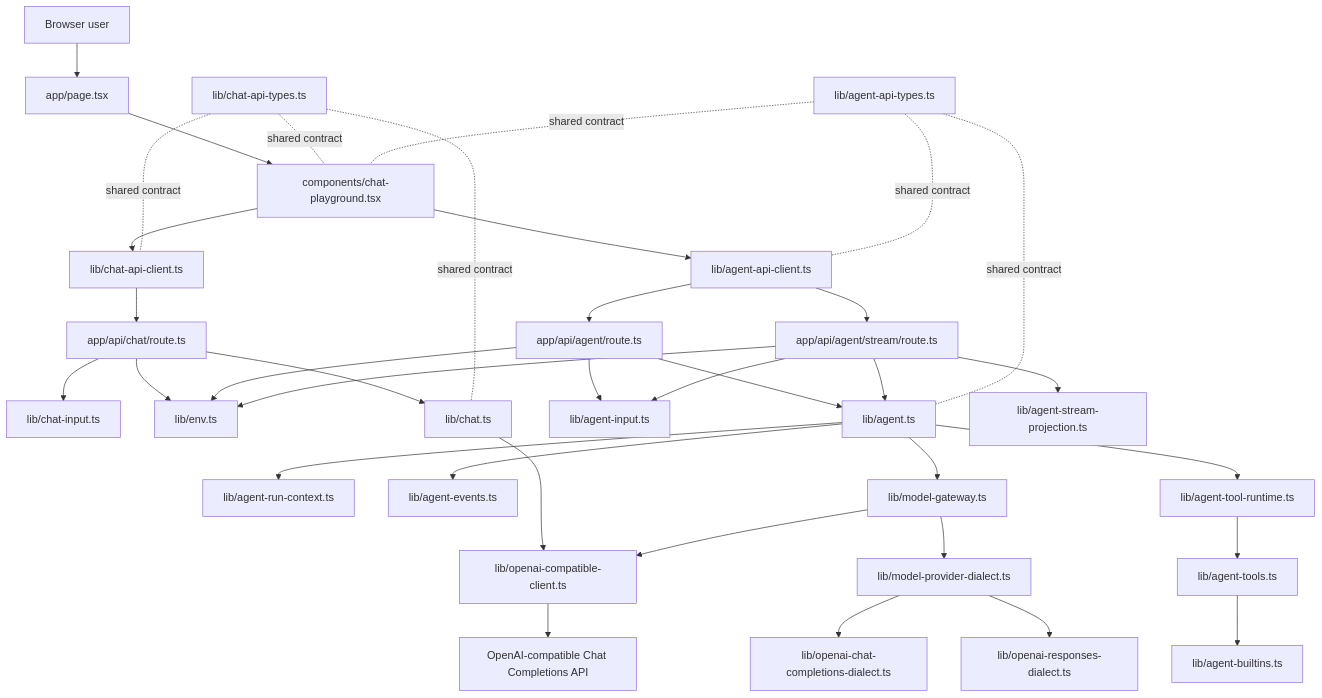
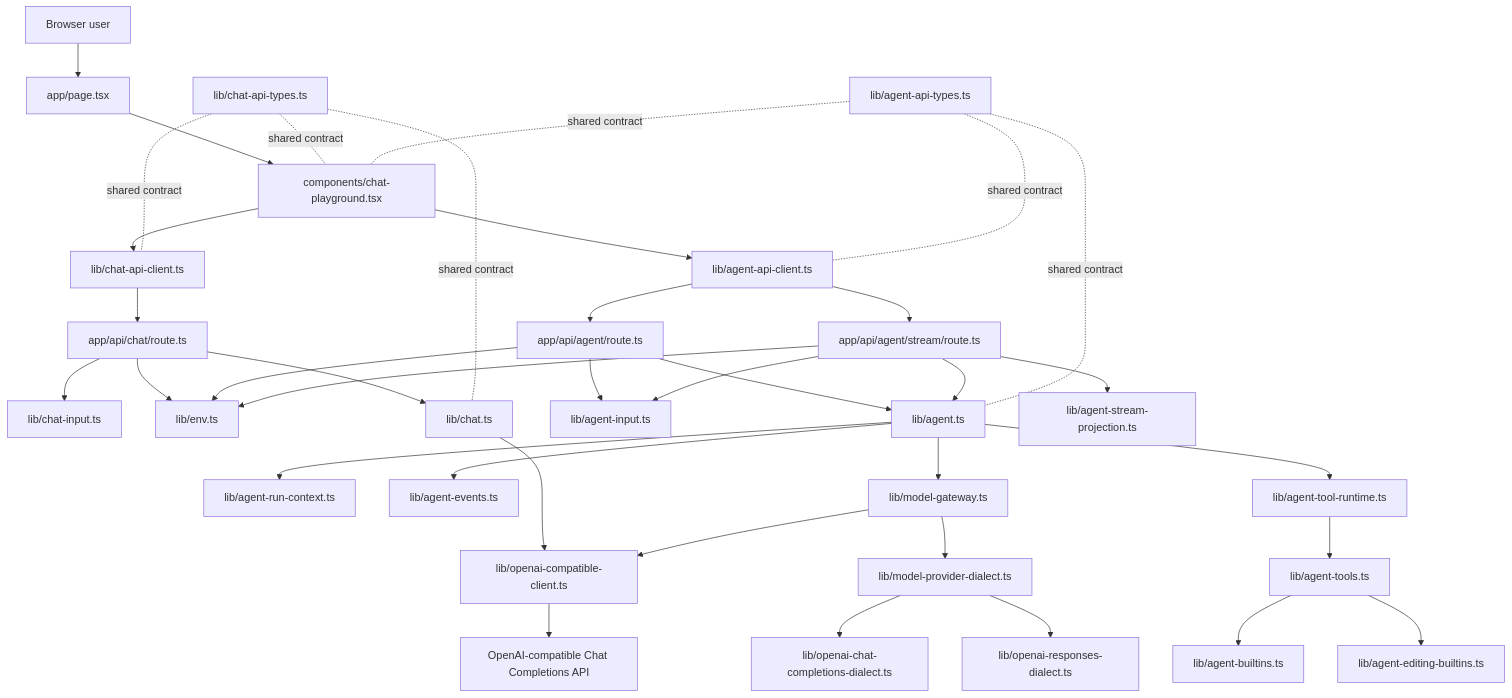
One commit to Liang-HZ/inspectable-agent-harness changed the first of 3 diagrams in docs/architecture.md. Above: the diagram before and after it, drawn with Mermaid. The commit also changed other lines of this file and 7 other files, not shown here.

````diff
--- a/docs/architecture.md
+++ b/docs/architecture.md
@@ -25,42 +25,43 @@
 ```mermaid
 flowchart TD
   User[Browser user] --> Page[app/page.tsx]
   Page --> Playground[components/chat-playground.tsx]
   Playground --> BrowserClient[lib/chat-api-client.ts]
   Playground --> AgentBrowserClient[lib/agent-api-client.ts]
   BrowserClient --> ChatRoute[app/api/chat/route.ts]
   AgentBrowserClient --> AgentRoute[app/api/agent/route.ts]
   AgentBrowserClient --> AgentStreamRoute[app/api/agent/stream/route.ts]
 
   ChatRoute --> ChatInput[lib/chat-input.ts]
   ChatRoute --> Env[lib/env.ts]
   ChatRoute --> ChatService[lib/chat.ts]
 
   AgentRoute --> AgentInput[lib/agent-input.ts]
   AgentStreamRoute --> AgentInput
   AgentRoute --> Env
   AgentStreamRoute --> Env
   AgentRoute --> AgentService[lib/agent.ts]
   AgentStreamRoute --> AgentService
   AgentStreamRoute --> AgentProjection[lib/agent-stream-projection.ts]
   AgentService --> AgentRunContext[lib/agent-run-context.ts]
   AgentService --> AgentEvents[lib/agent-events.ts]
   AgentService --> ModelGateway[lib/model-gateway.ts]
   ModelGateway --> ModelDialect[lib/model-provider-dialect.ts]
   ModelDialect --> ChatDialect[lib/openai-chat-completions-dialect.ts]
   ModelDialect --> ResponsesDialect[lib/openai-responses-dialect.ts]
   AgentService --> ToolRuntime[lib/agent-tool-runtime.ts]
   ToolRuntime --> AgentTools[lib/agent-tools.ts]
   AgentTools --> BuiltinTools[lib/agent-builtins.ts]
+  AgentTools --> EditingBuiltins[lib/agent-editing-builtins.ts]
 
   ChatService --> OpenAIClient[lib/openai-compatible-client.ts]
   ModelGateway --> OpenAIClient
   OpenAIClient --> Provider[OpenAI-compatible Chat Completions API]
 
   SharedTypes[lib/chat-api-types.ts] -. shared contract .- Playground
   SharedTypes -. shared contract .- BrowserClient
   SharedTypes -. shared contract .- ChatService
   AgentTypes[lib/agent-api-types.ts] -. shared contract .- Playground
   AgentTypes -. shared contract .- AgentBrowserClient
   AgentTypes -. shared contract .- AgentService
 ```
````
